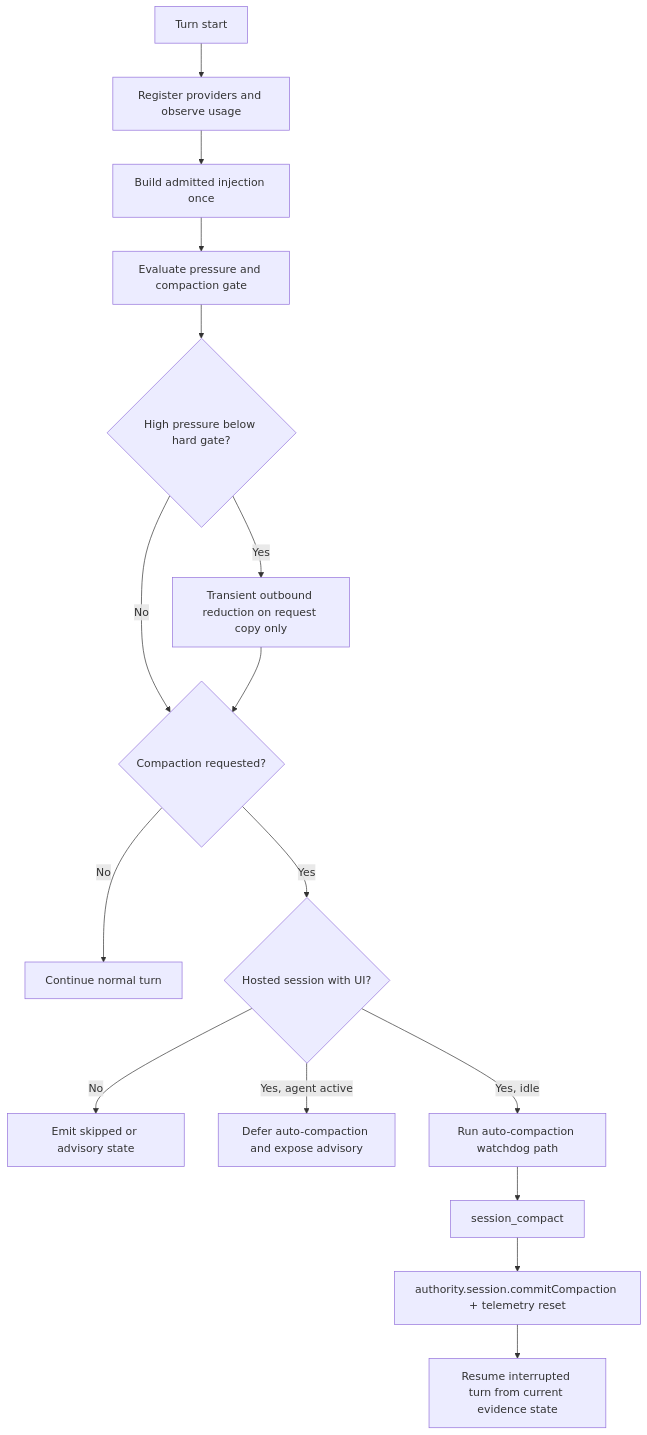
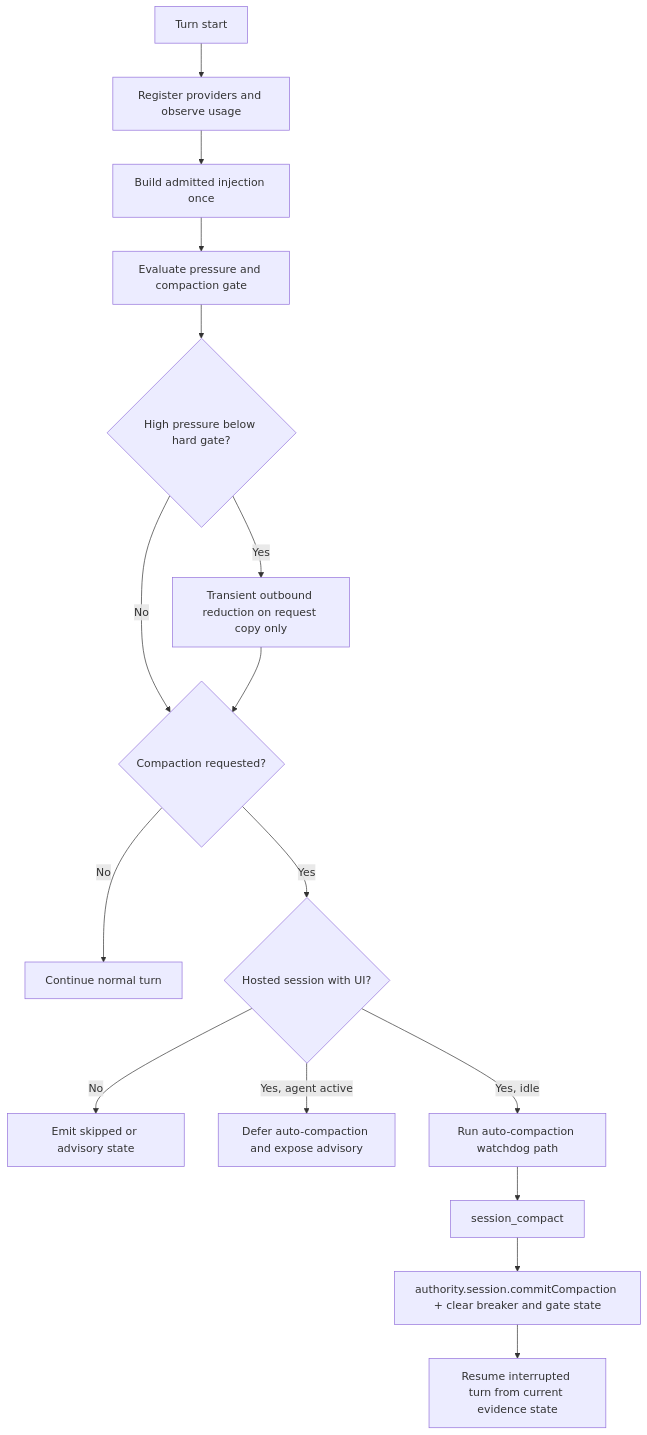
One commit to arcthur/brewva changed the diagram in docs/journeys/internal/context-and-compaction.md. Above: the diagram before and after it, drawn with Mermaid. The commit also changed other lines of this file and 85 other files, not shown here.

````diff
--- a/docs/journeys/internal/context-and-compaction.md
+++ b/docs/journeys/internal/context-and-compaction.md
@@ -39,18 +39,18 @@
 ```mermaid
 flowchart TD
   A["Turn start"] --> B["Register providers and observe usage"]
   B --> C["Build admitted injection once"]
   C --> D["Evaluate pressure and compaction gate"]
   D --> R{"High pressure below hard gate?"}
   R -->|Yes| S["Transient outbound reduction on request copy only"]
   R -->|No| E{"Compaction requested?"}
   S --> E
   E -->|No| F["Continue normal turn"]
   E -->|Yes| G{"Hosted session with UI?"}
   G -->|No| H["Emit skipped or advisory state"]
   G -->|Yes, agent active| I["Defer auto-compaction and expose advisory"]
   G -->|Yes, idle| J["Run auto-compaction watchdog path"]
   J --> K["session_compact"]
-  K --> L["authority.session.commitCompaction + telemetry reset"]
+  K --> L["authority.session.commitCompaction + clear breaker and gate state"]
   L --> M["Resume interrupted turn from current evidence state"]
 ```
````
